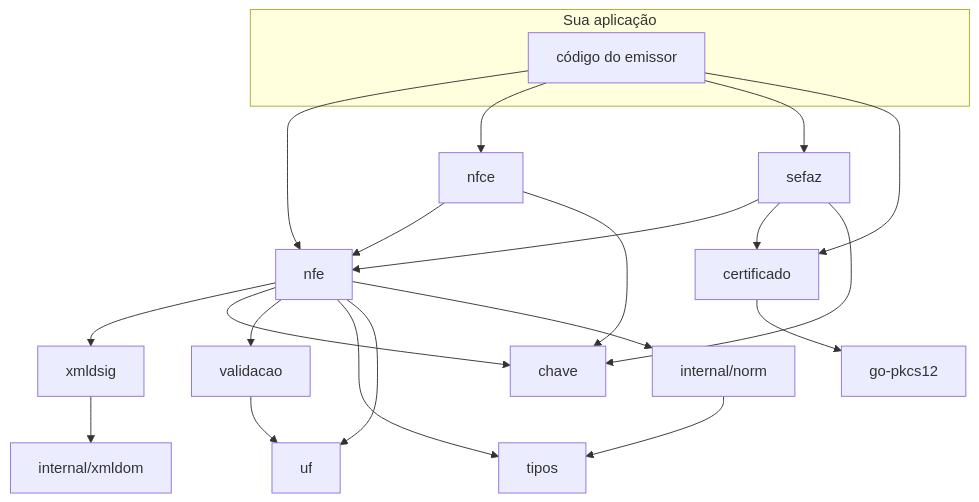
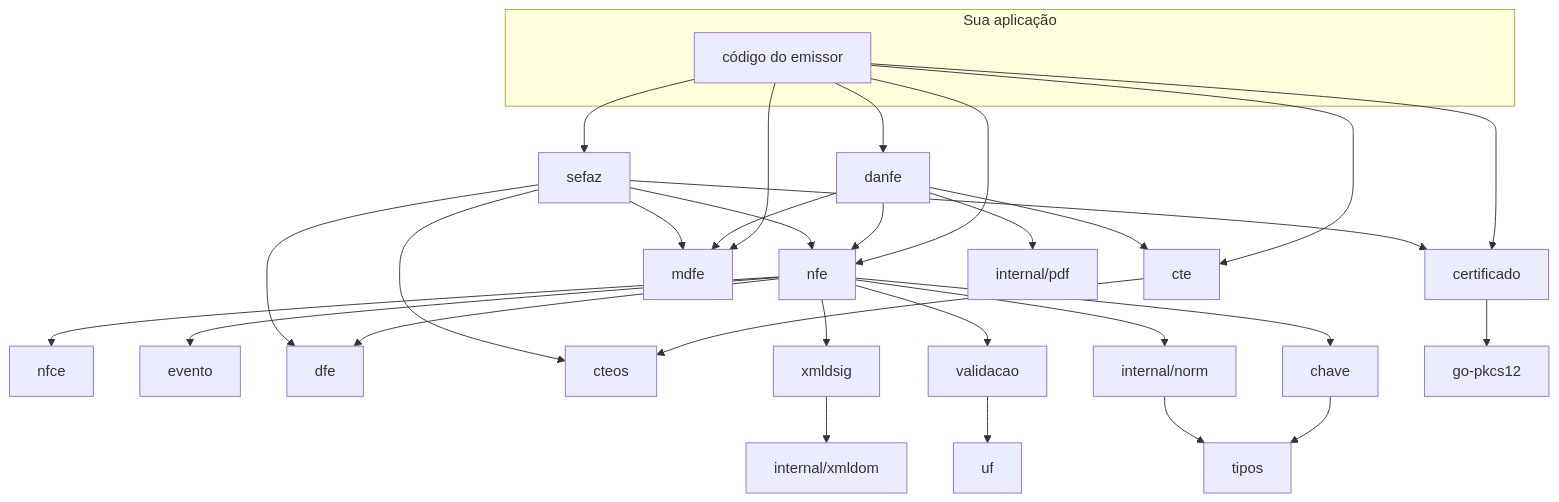
The diagram in docs/pacotes.md (mschunke/gonfe), drawn with Mermaid before and after one commit. The commit also changed other lines of this file and 10 other files, not shown here.

````diff
--- a/docs/pacotes.md
+++ b/docs/pacotes.md
@@ -9,30 +9,40 @@
 ```mermaid
 flowchart TD
     subgraph aplicacao["Sua aplicação"]
         app[código do emissor]
     end
 
     app --> nfe
-    app --> nfce
+    app --> cte
+    app --> mdfe
+    app --> danfe
     app --> sefaz
     app --> cert[certificado]
+
+    nfe --> nfce
+    nfe --> evento
+    nfe --> dfe
+    cte --> cteos
+
+    danfe --> nfe
+    danfe --> cte
+    danfe --> mdfe
+    danfe --> pdf[internal/pdf]
+
+    sefaz --> nfe
+    sefaz --> cteos
+    sefaz --> mdfe
+    sefaz --> dfe
+    sefaz --> cert
 
     nfe --> xmldsig
     nfe --> chave
     nfe --> validacao
-    nfe --> tipos
-    nfe --> uf
-
-    nfce --> nfe
-    nfce --> chave
-
-    sefaz --> nfe
-    sefaz --> cert
-    sefaz --> chave
+    nfe --> norm[internal/norm]
 
     xmldsig --> dom[internal/xmldom]
     cert --> pkcs12[go-pkcs12]
     validacao --> uf
-    nfe --> norm[internal/norm]
+    chave --> tipos
     norm --> tipos
 ```
````
